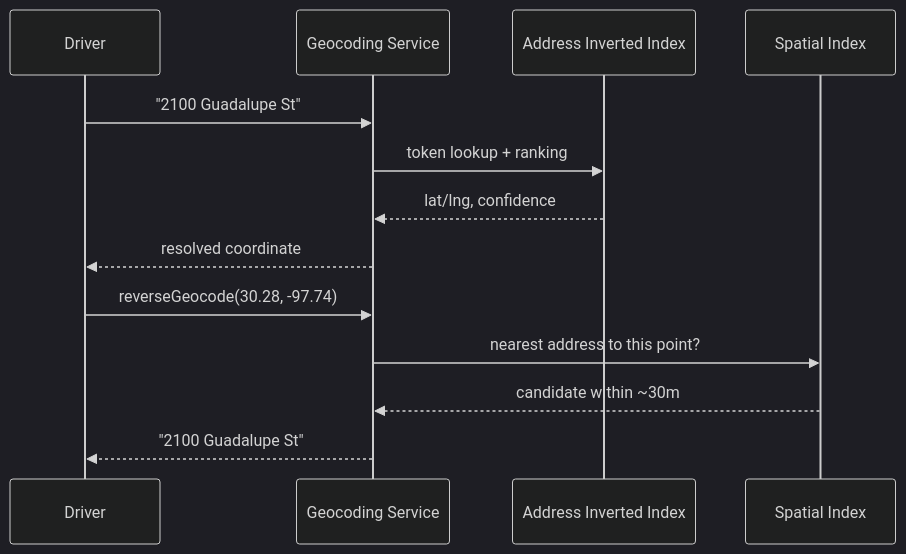
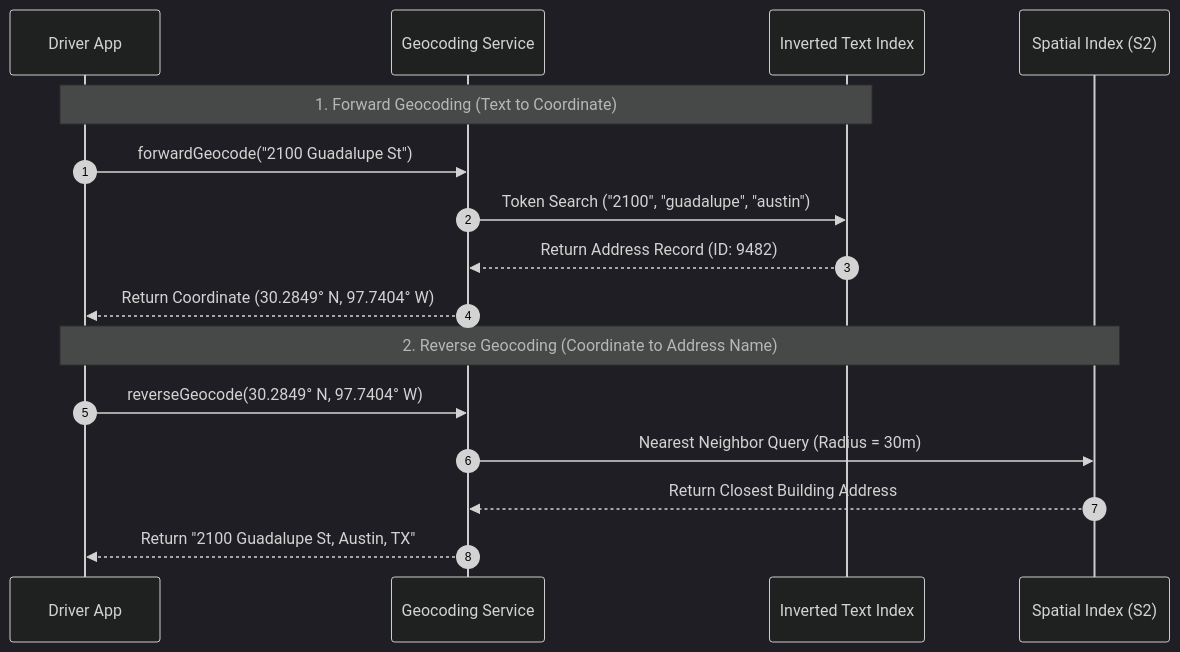
The fourth of 20 diagrams in system-design/HLD/0-course/28-Design Google Maps-FAANG-Guide-story.md (riyaz-pasha/Learnings), drawn with Mermaid (dark theme) before and after one commit. The commit also changed other lines of this file and 1 other file, not shown here.

````diff
--- a/system-design/HLD/0-course/28-Design Google Maps-FAANG-Guide-story.md
+++ b/system-design/HLD/0-course/28-Design Google Maps-FAANG-Guide-story.md
@@ -95,17 +267,20 @@
 ```mermaid
 sequenceDiagram
-    participant Driver
+    autonumber
+    participant Client as Driver App
     participant Geo as Geocoding Service
-    participant TextIdx as Address Inverted Index
-    participant SpatialIdx as Spatial Index
+    participant TextIdx as Inverted Text Index
+    participant SpatialIdx as Spatial Index (S2)
 
-    Driver->>Geo: "2100 Guadalupe St"
-    Geo->>TextIdx: token lookup + ranking
-    TextIdx-->>Geo: lat/lng, confidence
-    Geo-->>Driver: resolved coordinate
+    Note over Client, TextIdx: 1. Forward Geocoding (Text to Coordinate)
+    Client->>Geo: forwardGeocode("2100 Guadalupe St")
+    Geo->>TextIdx: Token Search ("2100", "guadalupe", "austin")
+    TextIdx-->>Geo: Return Address Record (ID: 9482)
+    Geo-->>Client: Return Coordinate (30.2849° N, 97.7404° W)
 
-    Driver->>Geo: reverseGeocode(30.28, -97.74)
-    Geo->>SpatialIdx: nearest address to this point?
-    SpatialIdx-->>Geo: candidate within ~30m
-    Geo-->>Driver: "2100 Guadalupe St"
+    Note over Client, SpatialIdx: 2. Reverse Geocoding (Coordinate to Address Name)
+    Client->>Geo: reverseGeocode(30.2849° N, 97.7404° W)
+    Geo->>SpatialIdx: Nearest Neighbor Query (Radius = 30m)
+    SpatialIdx-->>Geo: Return Closest Building Address
+    Geo-->>Client: Return "2100 Guadalupe St, Austin, TX"
 ```
````
